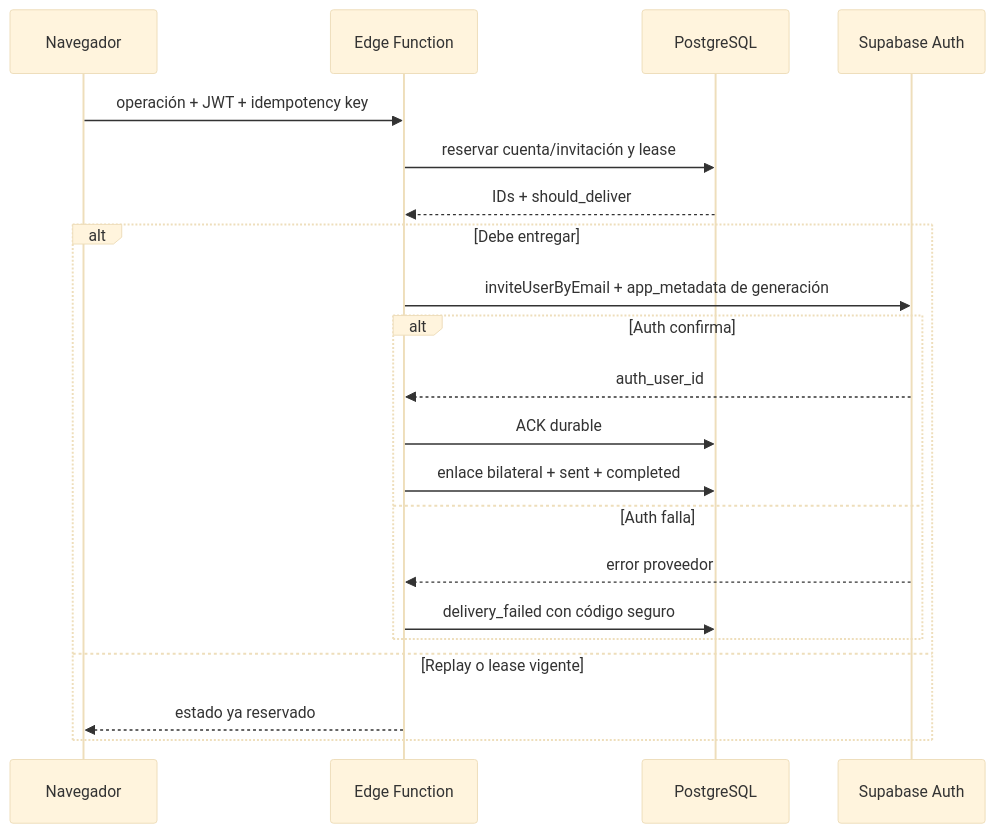
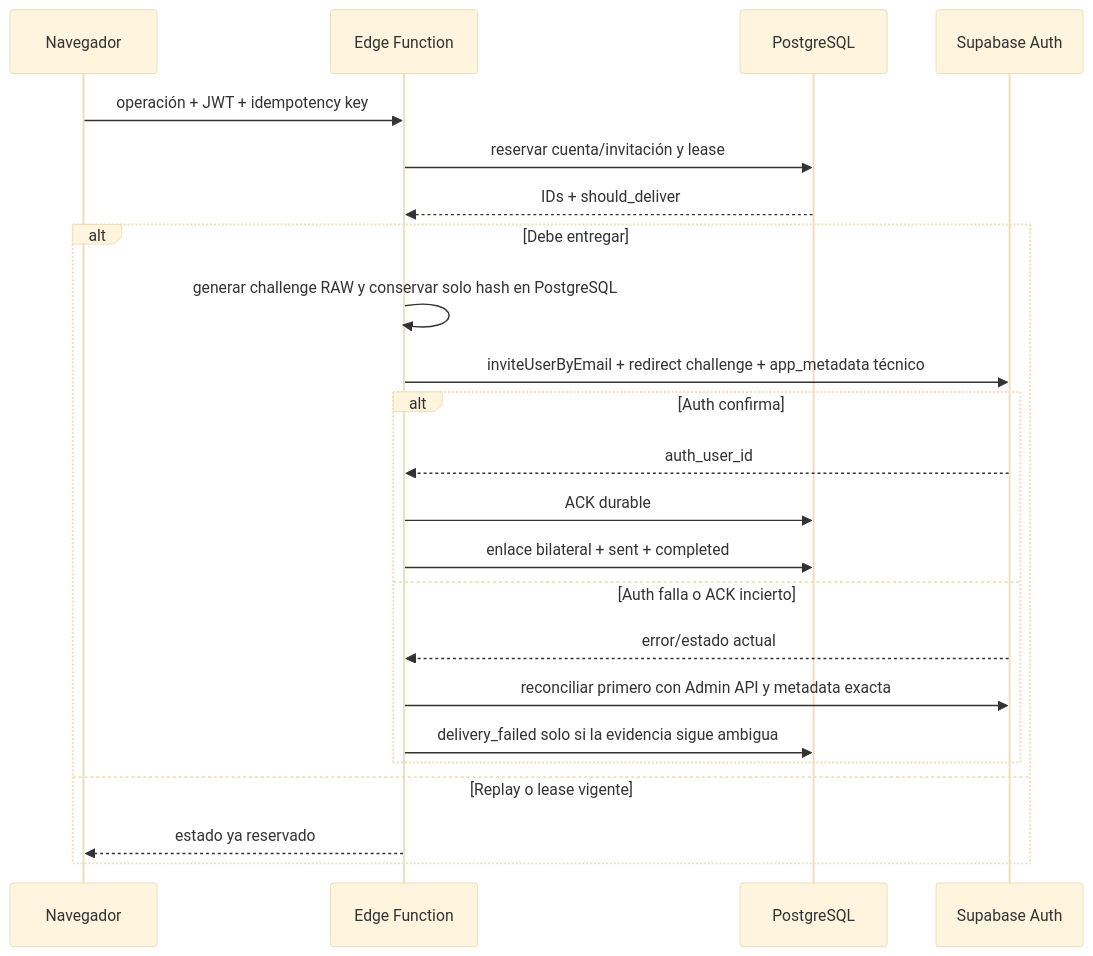
The sixth of 10 diagrams in docs/architecture/runtime-view.md (grovergonzalez8/Sistema-Voluntariado), drawn with Mermaid (base theme) before and after one commit. The commit also changed other lines of this file and 7 other files, not shown here.

````diff
--- a/docs/architecture/runtime-view.md
+++ b/docs/architecture/runtime-view.md
@@ -92,23 +92,25 @@
 ```mermaid
 sequenceDiagram
   participant UI as Navegador
   participant EF as Edge Function
   participant DB as PostgreSQL
   participant AU as Supabase Auth
   UI->>EF: operación + JWT + idempotency key
   EF->>DB: reservar cuenta/invitación y lease
   DB-->>EF: IDs + should_deliver
   alt Debe entregar
-    EF->>AU: inviteUserByEmail + app_metadata de generación
+    EF->>EF: generar challenge RAW y conservar solo hash en PostgreSQL
+    EF->>AU: inviteUserByEmail + redirect challenge + app_metadata técnico
     alt Auth confirma
       AU-->>EF: auth_user_id
       EF->>DB: ACK durable
       EF->>DB: enlace bilateral + sent + completed
-    else Auth falla
-      AU-->>EF: error proveedor
-      EF->>DB: delivery_failed con código seguro
+    else Auth falla o ACK incierto
+      AU-->>EF: error/estado actual
+      EF->>AU: reconciliar primero con Admin API y metadata exacta
+      EF->>DB: delivery_failed solo si la evidencia sigue ambigua
     end
   else Replay o lease vigente
     EF-->>UI: estado ya reservado
   end
 ```
````
